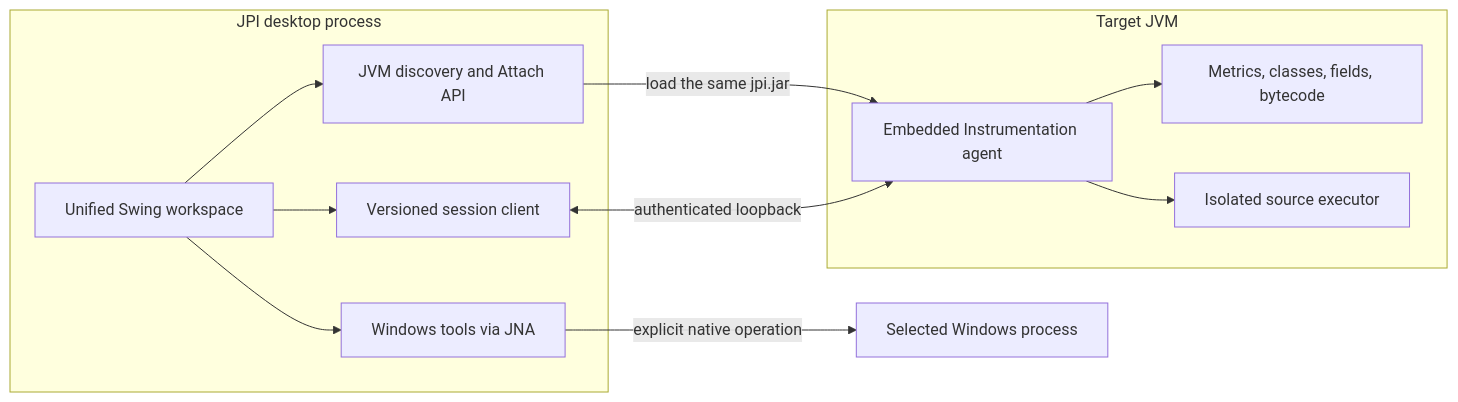
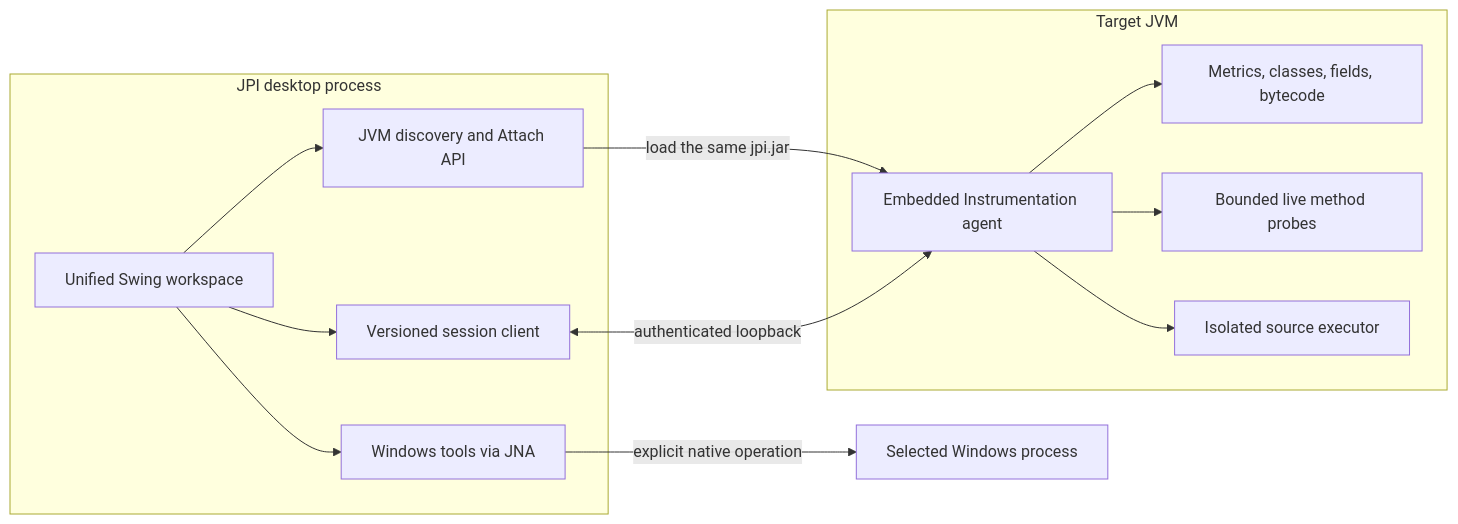
Before and after one commit to 0WhiteDev/Java-Process-Inspector: the diagram in README.md, drawn with Mermaid. The commit also changed other lines of this file and 24 other files, not shown here.

````diff
--- a/README.md
+++ b/README.md
@@ -194,22 +218,24 @@
 ```mermaid
 flowchart LR
   subgraph controller [JPI desktop process]
     GUI[Unified Swing workspace]
     ATTACH[JVM discovery and Attach API]
     CLIENT[Versioned session client]
     WIN[Windows tools via JNA]
   end
   subgraph target [Target JVM]
     AGENT[Embedded Instrumentation agent]
     INSPECT[Metrics, classes, fields, bytecode]
+    TRACE[Bounded live method probes]
     EXEC[Isolated source executor]
   end
   GUI --> ATTACH
   ATTACH -->|load the same jpi.jar| AGENT
   GUI --> CLIENT
   CLIENT <-->|authenticated loopback| AGENT
   AGENT --> INSPECT
+  AGENT --> TRACE
   AGENT --> EXEC
   GUI --> WIN
   WIN -->|explicit native operation| OS[Selected Windows process]
 ```
````
